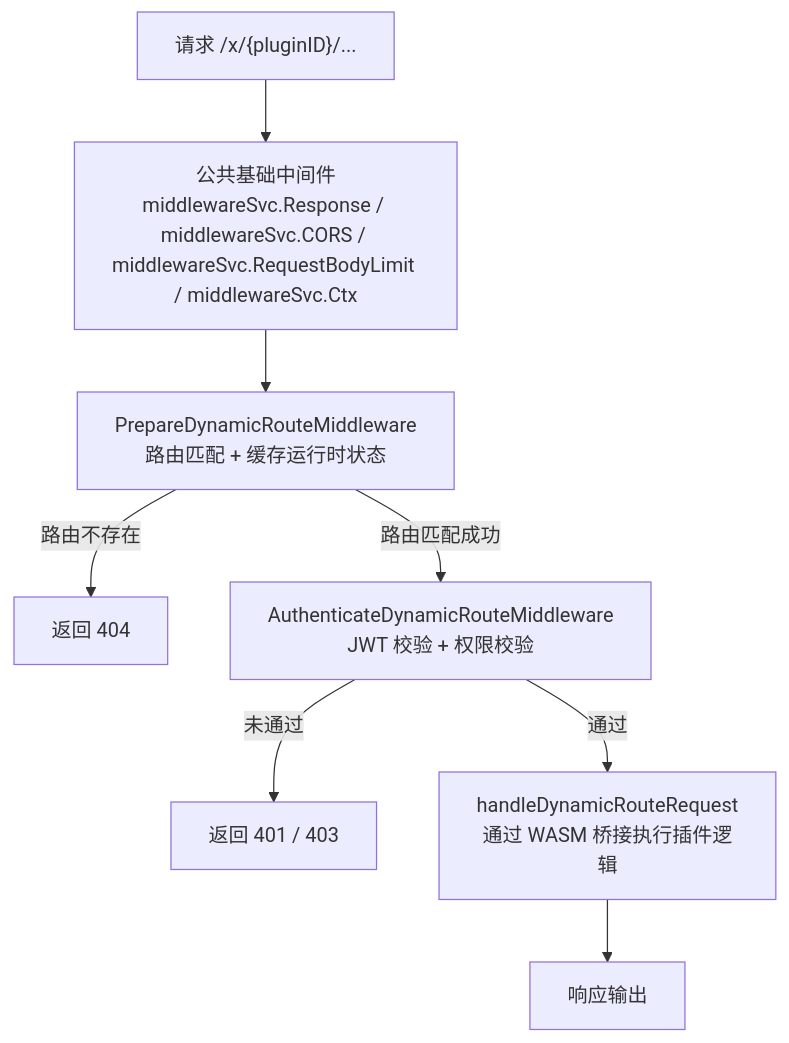
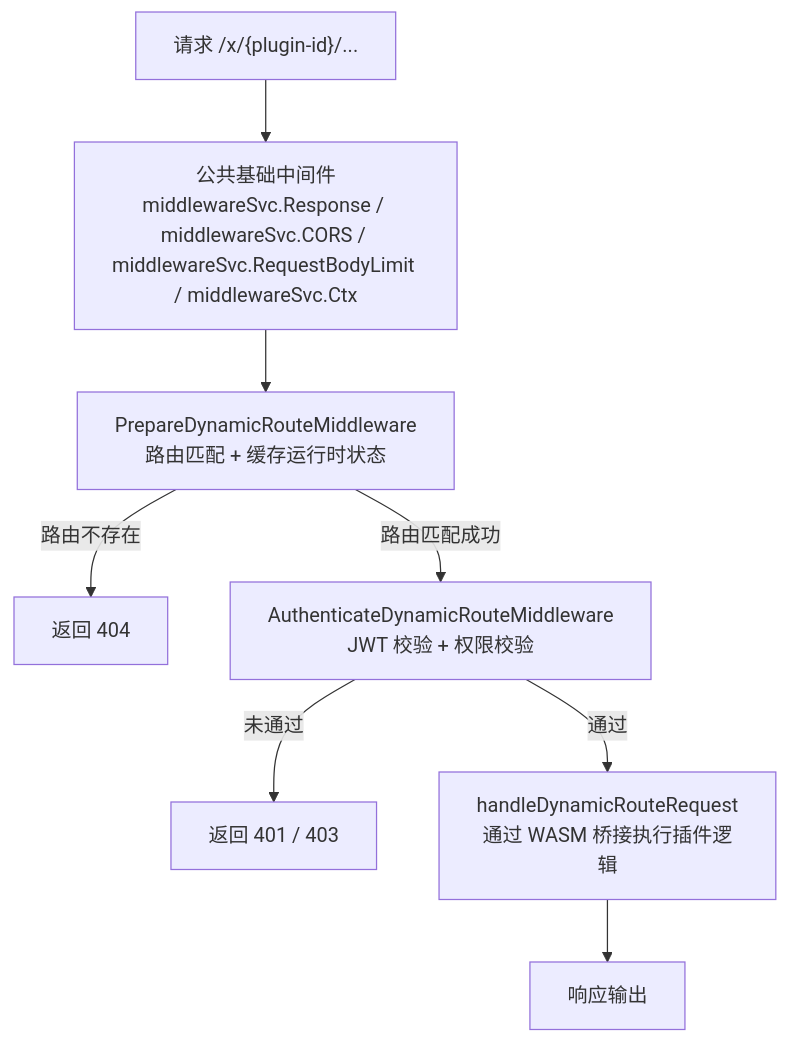
Before and after one commit to linaproai/linapro-site: the third of 3 diagrams in apps/lina-site/docs/docs/2000-components/10200-routing.md, drawn with Mermaid. The commit also changed other lines of this file and 60 other files, not shown here.

````diff
--- a/apps/lina-site/docs/docs/2000-components/10200-routing.md
+++ b/apps/lina-site/docs/docs/2000-components/10200-routing.md
@@ -310,10 +329,10 @@
 ```mermaid
 flowchart TD
-    A["请求 /x/{pluginID}/..."] --> B["公共基础中间件<br/>middlewareSvc.Response / middlewareSvc.CORS / middlewareSvc.RequestBodyLimit / middlewareSvc.Ctx"]
+    A["请求 /x/{plugin-id}/..."] --> B["公共基础中间件<br/>middlewareSvc.Response / middlewareSvc.CORS / middlewareSvc.RequestBodyLimit / middlewareSvc.Ctx"]
     B --> C["PrepareDynamicRouteMiddleware<br/>路由匹配 + 缓存运行时状态"]
     C -- 路由不存在 --> D["返回 404"]
     C -- 路由匹配成功 --> E["AuthenticateDynamicRouteMiddleware<br/>JWT 校验 + 权限校验"]
     E -- 未通过 --> F["返回 401 / 403"]
     E -- 通过 --> G["handleDynamicRouteRequest<br/>通过 WASM 桥接执行插件逻辑"]
     G --> H["响应输出"]
 ```
````
